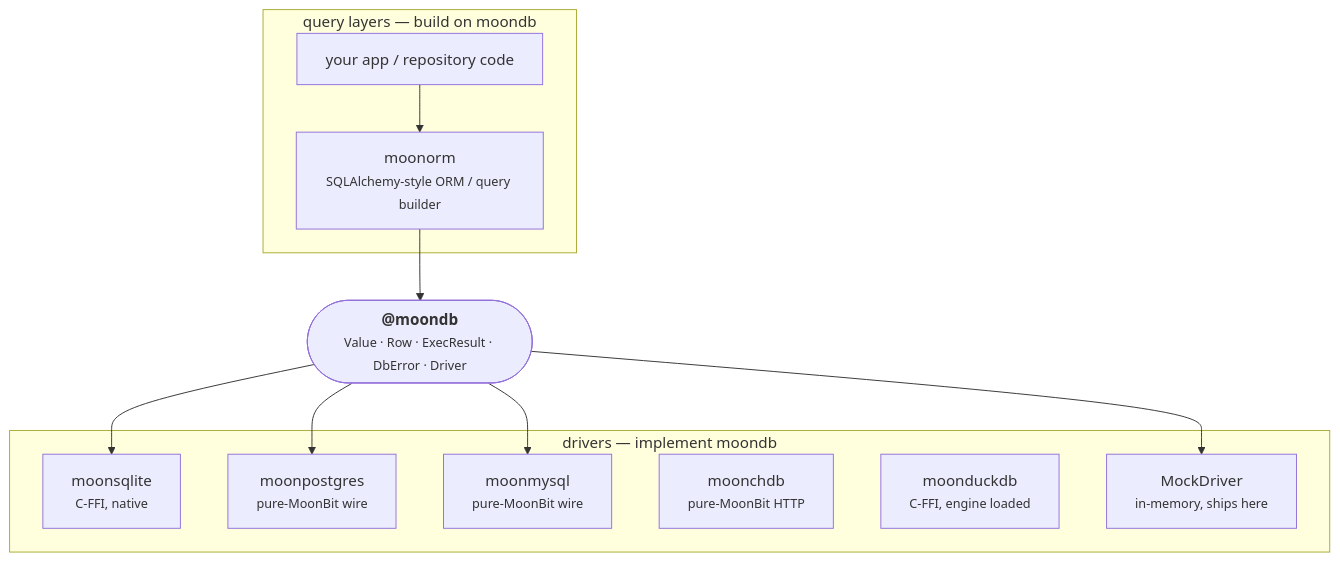
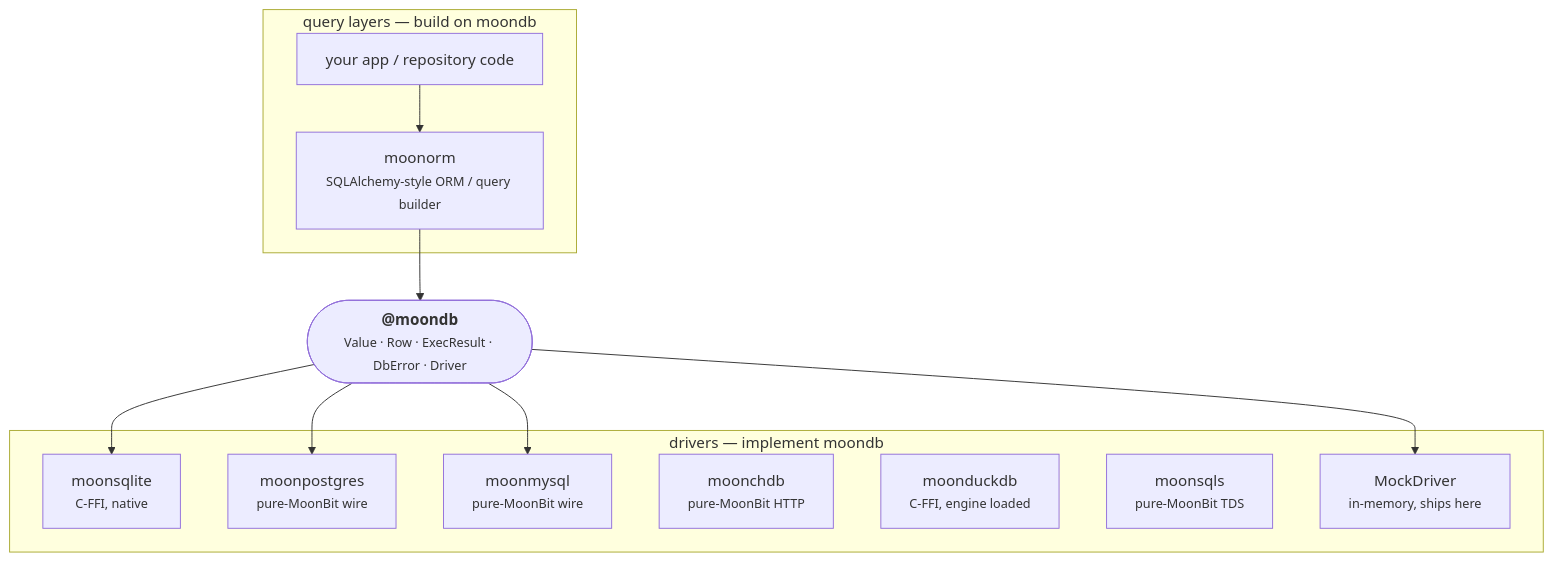
The diagram in README.md (moonbitstack/moondb), drawn with Mermaid before and after one commit. The commit also changed other lines of this file and 162 other files, not shown here.

First line of the commit message:
feat(moonsqls): SQL Server over TDS 7.4, in pure MoonBit and through moontls.

````diff
--- a/README.md
+++ b/README.md
@@ -23,21 +23,22 @@
 ```mermaid
 flowchart TD
     subgraph layers["query layers — build on moondb"]
       ORM["moonorm<br/><small>SQLAlchemy-style ORM / query builder</small>"]
       APP["your app / repository code"]
     end
     IFACE(["<b>@moondb</b><br/><small>Value · Row · ExecResult · DbError · Driver</small>"])
     subgraph drivers["drivers — implement moondb"]
       SQLITE["moonsqlite<br/><small>C-FFI, native</small>"]
       PG["moonpostgres<br/><small>pure-MoonBit wire</small>"]
       MYSQL["moonmysql<br/><small>pure-MoonBit wire</small>"]
       CH["moonchdb<br/><small>pure-MoonBit HTTP</small>"]
       DUCK["moonduckdb<br/><small>C-FFI, engine loaded</small>"]
+      SQLS["moonsqls<br/><small>pure-MoonBit TDS</small>"]
       MOCK["MockDriver<br/><small>in-memory, ships here</small>"]
     end
     APP --> ORM --> IFACE
     IFACE --> SQLITE
     IFACE --> PG
     IFACE --> MYSQL
     IFACE --> MOCK
 ```
````
